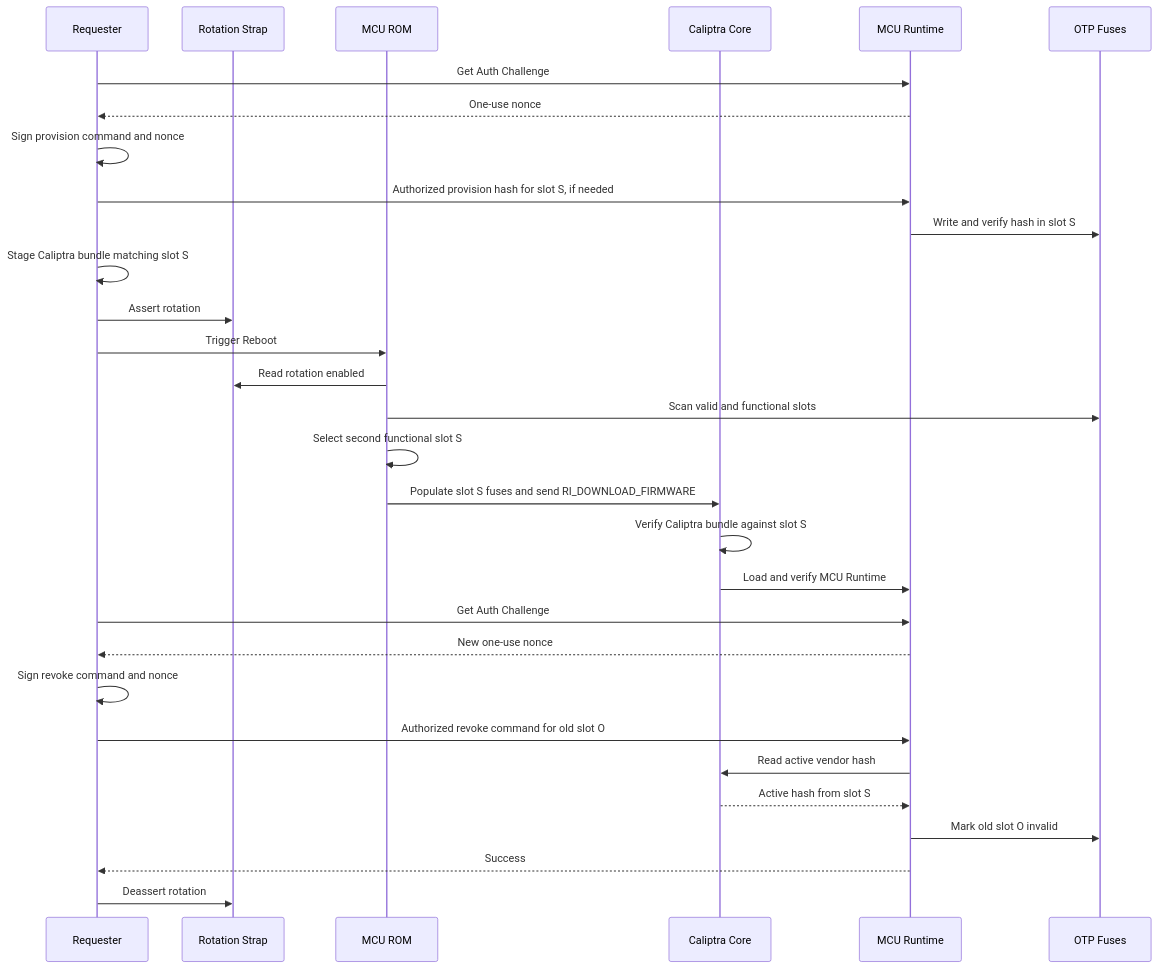
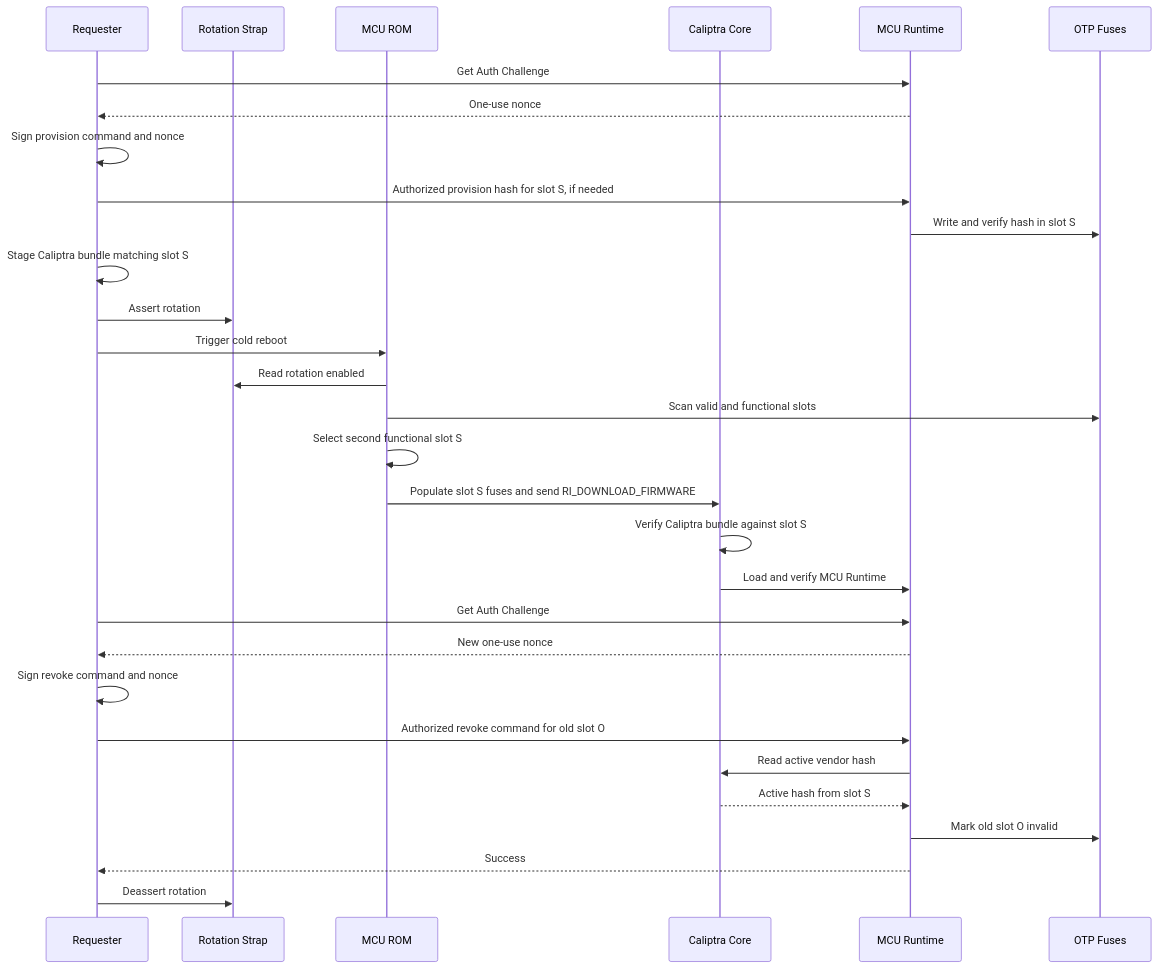
One commit to chipsalliance/caliptra-mcu-sw changed the second of 2 diagrams in docs/src/integrator-guide.md. Above: the diagram before and after it, drawn with Mermaid. The commit also changed other lines of this file, not shown here.

````diff
--- a/docs/src/integrator-guide.md
+++ b/docs/src/integrator-guide.md
@@ -493,33 +494,33 @@
 ```mermaid
 sequenceDiagram
     participant Requester
     participant Strap as Rotation Strap
     participant MCU_ROM as MCU ROM
     participant Core as Caliptra Core
     participant MCU_RT as MCU Runtime
     participant Fuses as OTP Fuses
 
     Requester->>MCU_RT: Get Auth Challenge
     MCU_RT-->>Requester: One-use nonce
     Requester->>Requester: Sign provision command and nonce
     Requester->>MCU_RT: Authorized provision hash for slot S, if needed
     MCU_RT->>Fuses: Write and verify hash in slot S
     Requester->>Requester: Stage Caliptra bundle matching slot S
     Requester->>Strap: Assert rotation
-    Requester->>MCU_ROM: Trigger Reboot
+    Requester->>MCU_ROM: Trigger cold reboot
     MCU_ROM->>Strap: Read rotation enabled
     MCU_ROM->>Fuses: Scan valid and functional slots
     MCU_ROM->>MCU_ROM: Select second functional slot S
     MCU_ROM->>Core: Populate slot S fuses and send RI_DOWNLOAD_FIRMWARE
     Core->>Core: Verify Caliptra bundle against slot S
     Core->>MCU_RT: Load and verify MCU Runtime
     Requester->>MCU_RT: Get Auth Challenge
     MCU_RT-->>Requester: New one-use nonce
     Requester->>Requester: Sign revoke command and nonce
     Requester->>MCU_RT: Authorized revoke command for old slot O
     MCU_RT->>Core: Read active vendor hash
     Core-->>MCU_RT: Active hash from slot S
     MCU_RT->>Fuses: Mark old slot O invalid
     MCU_RT-->>Requester: Success
     Requester->>Strap: Deassert rotation
 ```
````
